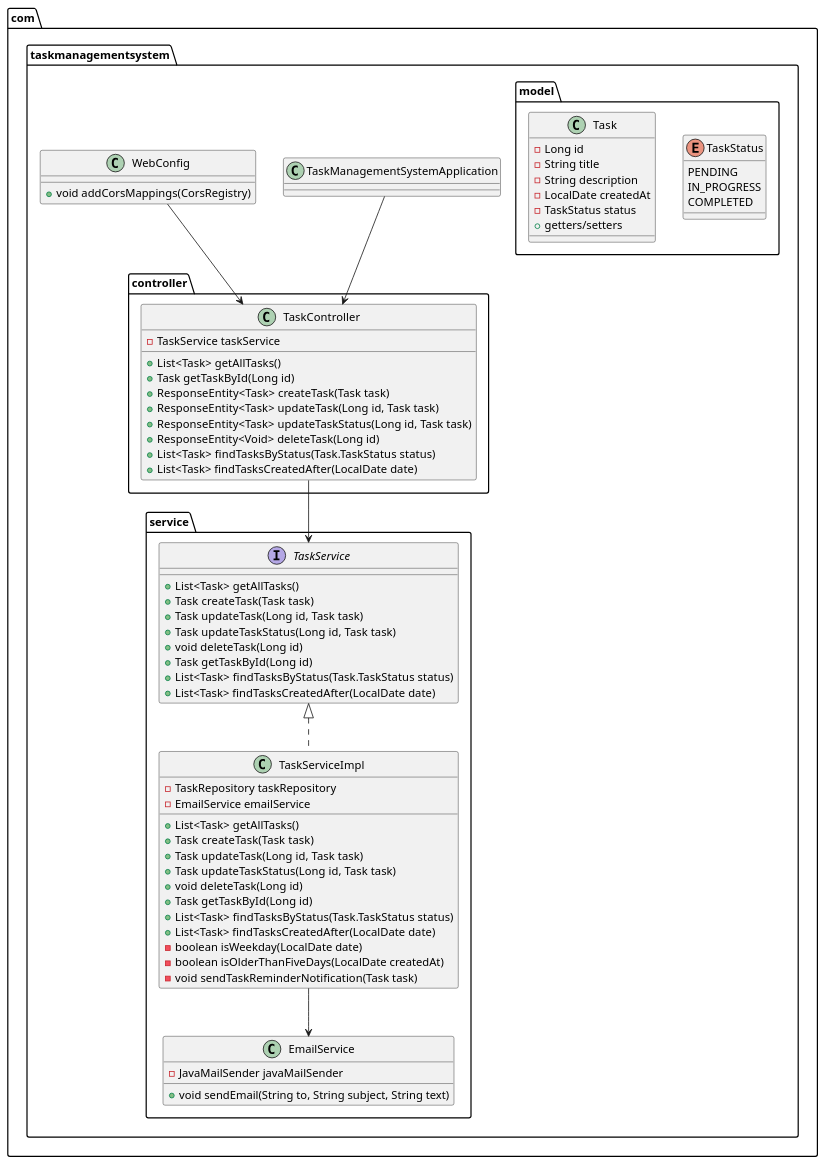
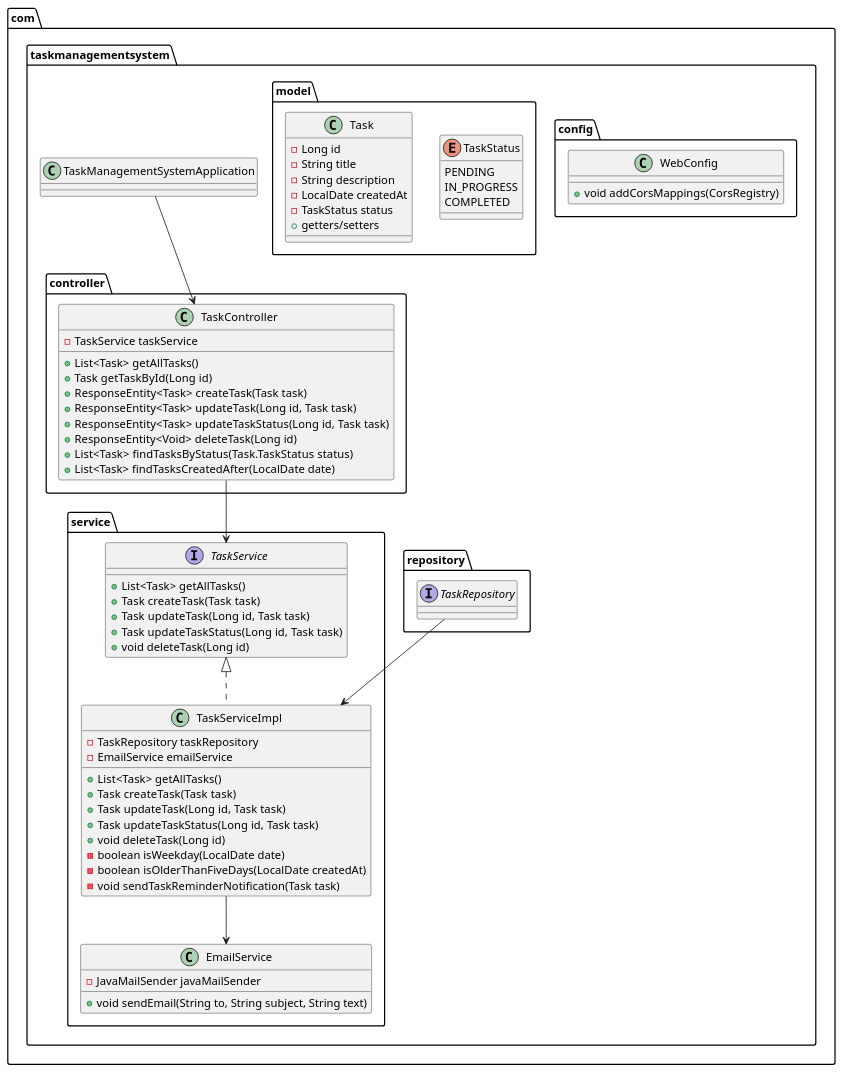
One commit to danisommer/JAVA-PROJECTS changed the diagram in EX4/taskmanager/classDiagram.puml. Above: the diagram before and after it, drawn with PlantUML. The commit also changed 7 other files, not shown here.

```diff
--- a/EX4/taskmanager/classDiagram.puml
+++ b/EX4/taskmanager/classDiagram.puml
@@ -1,82 +1,82 @@
 @startuml
 
 package "com.taskmanagementsystem" {
     class TaskManagementSystemApplication
+}
 
-    class WebConfig {
-        + void addCorsMappings(CorsRegistry)
-    }
+package "com.taskmanagementsystem.repository" {
+    interface TaskRepository
 }
 
 package "com.taskmanagementsystem.controller" {
     class TaskController {
         - TaskService taskService
         + List<Task> getAllTasks()
         + Task getTaskById(Long id)
         + ResponseEntity<Task> createTask(Task task)
         + ResponseEntity<Task> updateTask(Long id, Task task)
         + ResponseEntity<Task> updateTaskStatus(Long id, Task task)
         + ResponseEntity<Void> deleteTask(Long id)
         + List<Task> findTasksByStatus(Task.TaskStatus status)
         + List<Task> findTasksCreatedAfter(LocalDate date)
     }
 }
 
+package "com.taskmanagementsystem.config"{
+    class WebConfig {
+        + void addCorsMappings(CorsRegistry)
+    }
+}
+
 package "com.taskmanagementsystem.service" {
     interface TaskService {
         + List<Task> getAllTasks()
         + Task createTask(Task task)
         + Task updateTask(Long id, Task task)
         + Task updateTaskStatus(Long id, Task task)
         + void deleteTask(Long id)
-        + Task getTaskById(Long id)
-        + List<Task> findTasksByStatus(Task.TaskStatus status)
-        + List<Task> findTasksCreatedAfter(LocalDate date)
     }
 
     class TaskServiceImpl {
         - TaskRepository taskRepository
         - EmailService emailService
         + List<Task> getAllTasks()
         + Task createTask(Task task)
         + Task updateTask(Long id, Task task)
         + Task updateTaskStatus(Long id, Task task)
         + void deleteTask(Long id)
-        + Task getTaskById(Long id)
-        + List<Task> findTasksByStatus(Task.TaskStatus status)
-        + List<Task> findTasksCreatedAfter(LocalDate date)
         - boolean isWeekday(LocalDate date)
         - boolean isOlderThanFiveDays(LocalDate createdAt)
         - void sendTaskReminderNotification(Task task)
     }
 
     class EmailService {
         - JavaMailSender javaMailSender
         + void sendEmail(String to, String subject, String text)
     }
 }
 
 package "com.taskmanagementsystem.model" {
     enum TaskStatus {
         PENDING
         IN_PROGRESS
         COMPLETED
     }
 
     class Task {
         - Long id
         - String title
         - String description
         - LocalDate createdAt
         - TaskStatus status
         + getters/setters
     }
 }
 
 TaskService <|.. TaskServiceImpl
 TaskController --> TaskService
 TaskServiceImpl --> EmailService
 TaskManagementSystemApplication --> TaskController
-WebConfig --> TaskController
+TaskRepository --> TaskServiceImpl
 
 @enduml
```
